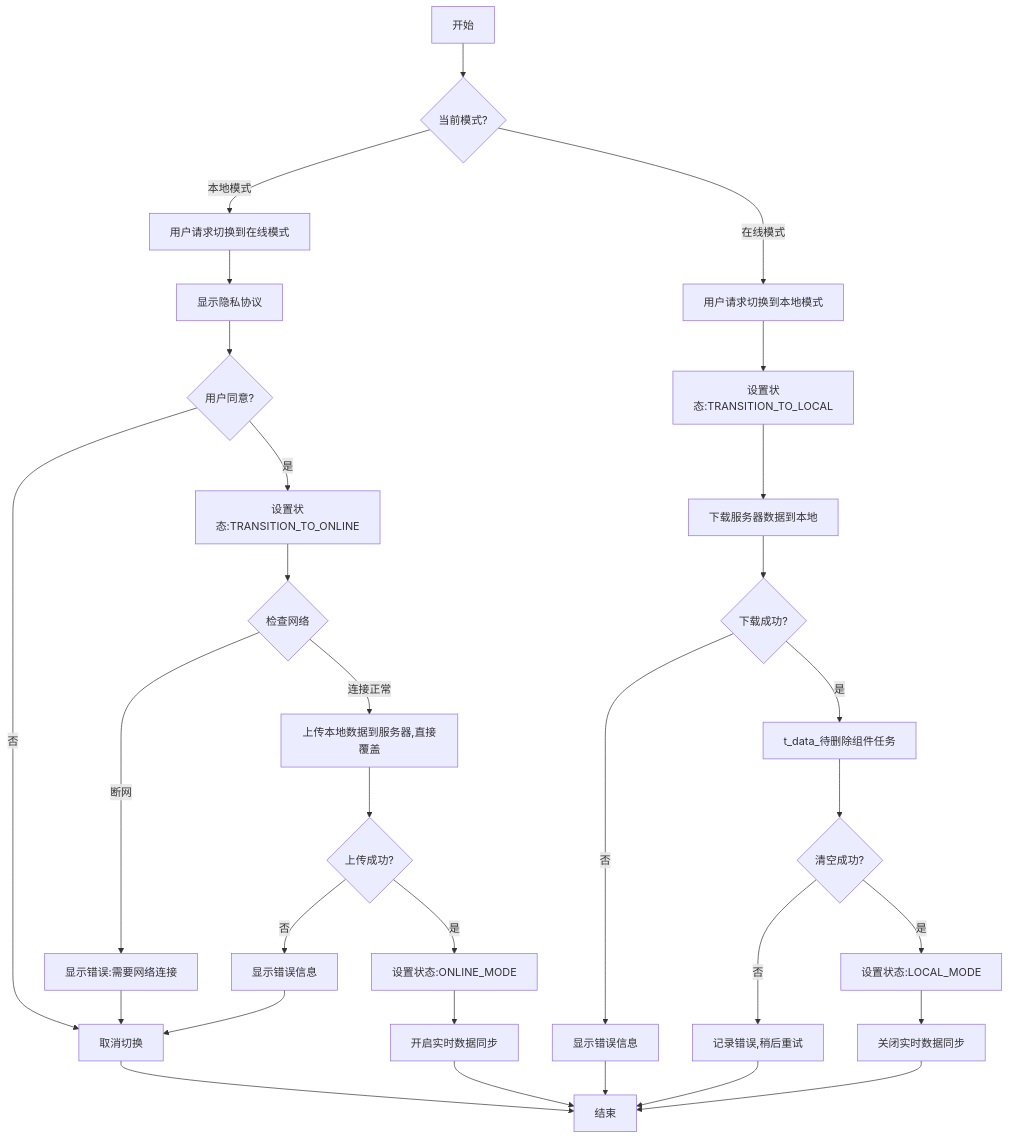
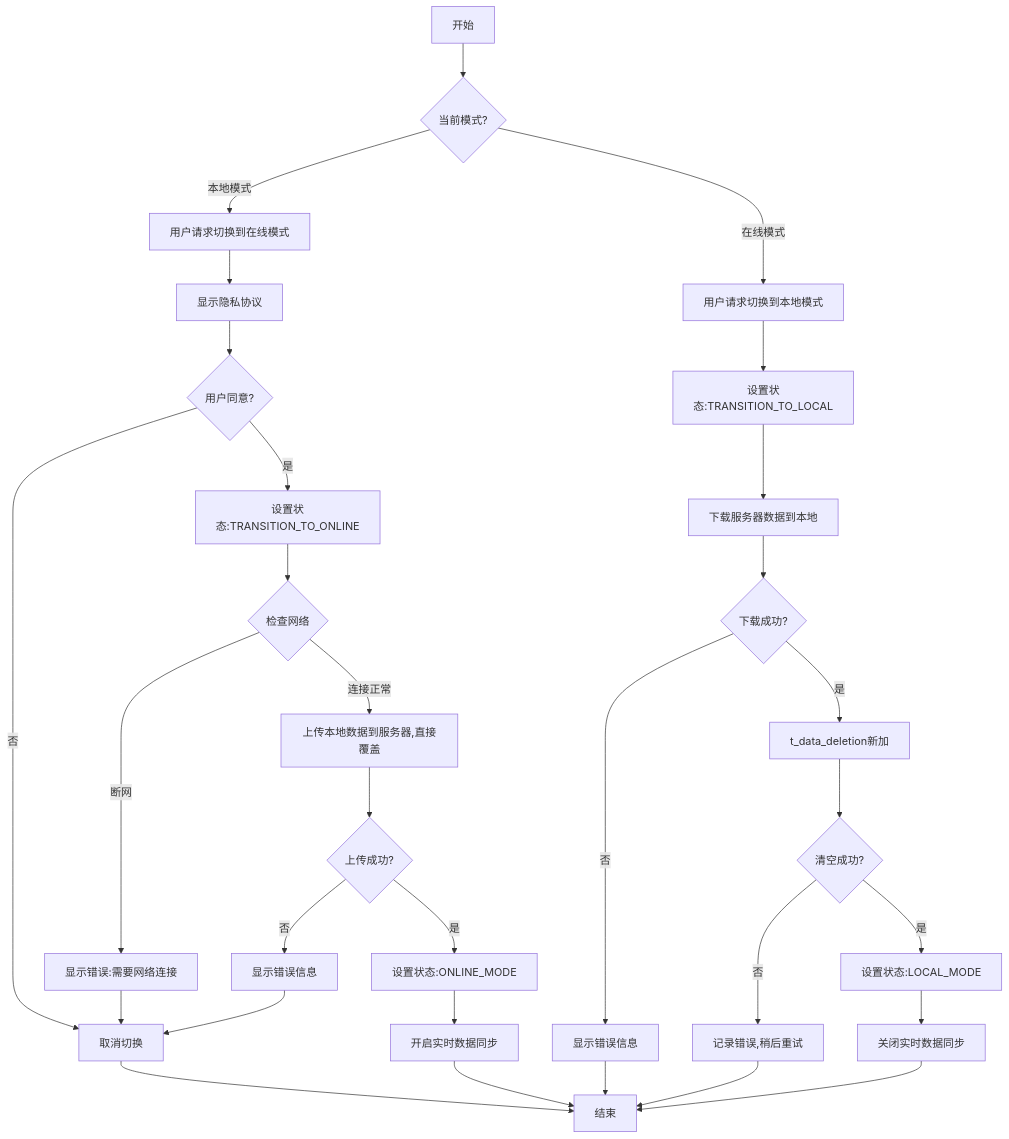
Before and after one commit to yingjianzh/iodraw-files: the diagram in all/未命名-50.md, drawn with Mermaid.

Commit message:
2025-05-08 16:13:27 update

````diff
--- a/all/未命名-50.md
+++ b/all/未命名-50.md
@@ -1,37 +1,37 @@
 ```mermaid
 
 flowchart TD
     A[开始] --> B{当前模式?}
     
     B -->|本地模式| C[用户请求切换到在线模式]
     C --> F[显示隐私协议]
     F --> G{用户同意?}
     G -->|否| H[取消切换]
     H --> Z[结束]
     G -->|是| I[设置状态:TRANSITION_TO_ONLINE]
     I --> J{检查网络}
     J -->|断网| K[显示错误:需要网络连接]
     K --> H
     J -->|连接正常| O[上传本地数据到服务器,直接覆盖]
     O --> P{上传成功?}
     P -->|否| Q[显示错误信息]
     Q --> H
     P -->|是| R[设置状态:ONLINE_MODE]
     R --> S[开启实时数据同步]
     S --> Z
     
     B -->|在线模式| T[用户请求切换到本地模式]
     T --> U[设置状态:TRANSITION_TO_LOCAL]
     U --> X[下载服务器数据到本地]
     X --> Y{下载成功?}
     Y -->|否| AA2[显示错误信息]
     AA2 --> Z
-    Y -->|是| AB2[t_data_待删除组件任务]
+    Y -->|是| AB2[t_data_deletion新加]
     AB2 --> AC2{清空成功?}
     AC2 -->|否| AD2[记录错误,稍后重试]
     AD2 --> Z
     AC2 -->|是| AE[设置状态:LOCAL_MODE]
     AE --> AF[关闭实时数据同步]
     AF --> Z
 
 ```
````
